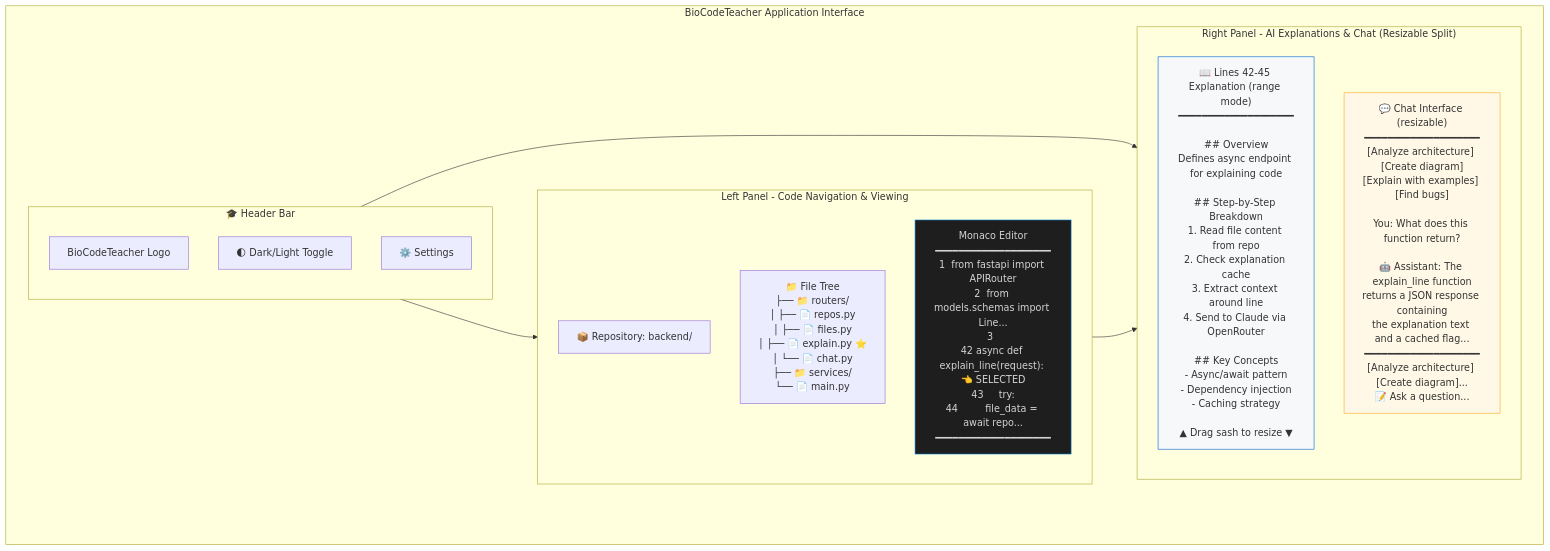
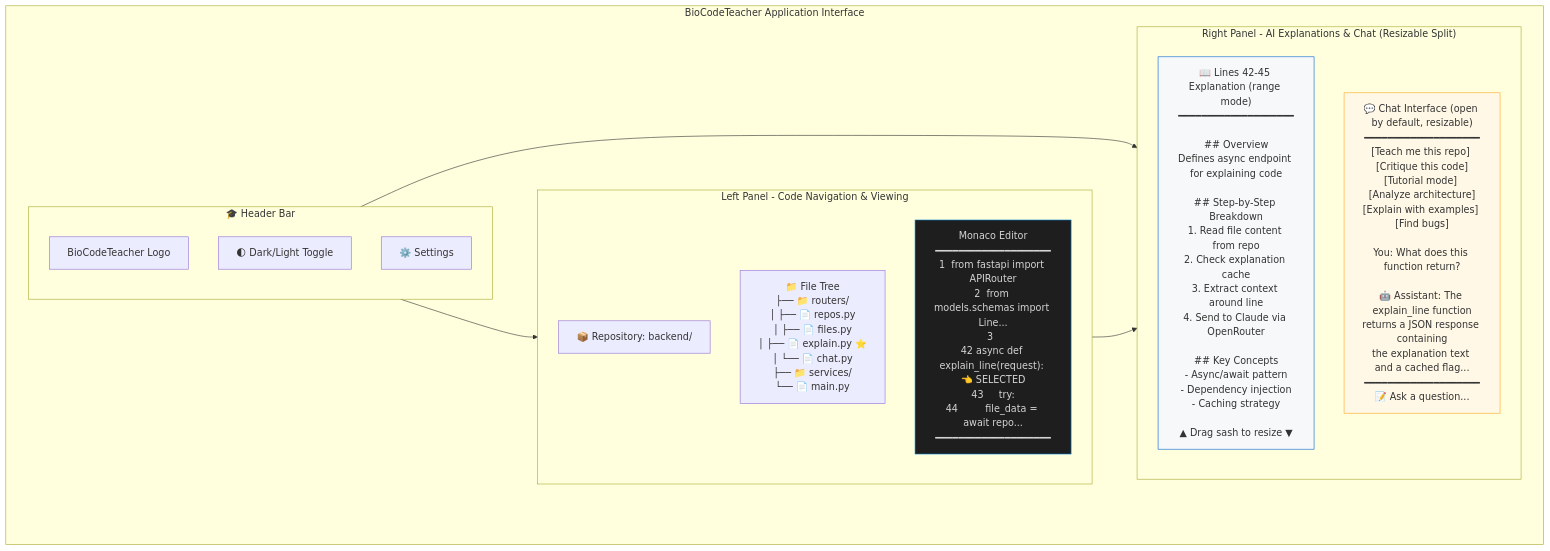
The first of 7 diagrams in SYSTEM_OVERVIEW.md (alexs42/BioCodeTeacher), drawn with Mermaid before and after one commit. The commit also changed other lines of this file and 7 other files, not shown here.

First line of the commit message:
v0.43: Chat open by default, educational prompts, build hardening

````diff
--- a/SYSTEM_OVERVIEW.md
+++ b/SYSTEM_OVERVIEW.md
@@ -5,29 +5,29 @@
 ```mermaid
 graph TB
     subgraph UI["BioCodeTeacher Application Interface"]
         subgraph Header["🎓 Header Bar"]
             Logo["BioCodeTeacher Logo"]
             Theme["🌓 Dark/Light Toggle"]
             Settings["⚙️ Settings"]
         end
 
         subgraph LeftPanel["Left Panel - Code Navigation & Viewing"]
             RepoInfo["📦 Repository: backend/"]
             FileTree["📁 File Tree<br/>├── 📁 routers/<br/>│   ├── 📄 repos.py<br/>│   ├── 📄 files.py<br/>│   ├── 📄 explain.py ⭐<br/>│   └── 📄 chat.py<br/>├── 📁 services/<br/>└── 📄 main.py"]
             Editor["Monaco Editor<br/>━━━━━━━━━━━━━━━━━━━━<br/>1  from fastapi import APIRouter<br/>2  from models.schemas import Line...<br/>3  <br/>42 async def explain_line(request): 👈 SELECTED<br/>43     try:<br/>44         file_data = await repo...<br/>━━━━━━━━━━━━━━━━━━━━"]
         end
 
         subgraph RightPanel["Right Panel - AI Explanations & Chat (Resizable Split)"]
             ExplainSection["📖 Lines 42-45 Explanation (range mode)<br/>━━━━━━━━━━━━━━━━━━━━<br/><br/>## Overview<br/>Defines async endpoint for explaining code<br/><br/>## Step-by-Step Breakdown<br/>1. Read file content from repo<br/>2. Check explanation cache<br/>3. Extract context around line<br/>4. Send to Claude via OpenRouter<br/><br/>## Key Concepts<br/>- Async/await pattern<br/>- Dependency injection<br/>- Caching strategy<br/><br/>▲ Drag sash to resize ▼"]
-            ChatSection["💬 Chat Interface (resizable)<br/>━━━━━━━━━━━━━━━━━━━━<br/>[Analyze architecture] [Create diagram]<br/>[Explain with examples] [Find bugs]<br/><br/>You: What does this function return?<br/><br/>🤖 Assistant: The explain_line function<br/>returns a JSON response containing<br/>the explanation text and a cached flag...<br/>━━━━━━━━━━━━━━━━━━━━<br/>[Analyze architecture] [Create diagram]...<br/>📝 Ask a question..."]
+            ChatSection["💬 Chat Interface (open by default, resizable)<br/>━━━━━━━━━━━━━━━━━━━━<br/>[Teach me this repo] [Critique this code]<br/>[Tutorial mode] [Analyze architecture]<br/>[Explain with examples] [Find bugs]<br/><br/>You: What does this function return?<br/><br/>🤖 Assistant: The explain_line function<br/>returns a JSON response containing<br/>the explanation text and a cached flag...<br/>━━━━━━━━━━━━━━━━━━━━<br/>📝 Ask a question..."]
         end
     end
 
     Header --> LeftPanel
     Header --> RightPanel
     LeftPanel --> RightPanel
 
     style Editor fill:#1e1e1e,stroke:#007acc,color:#d4d4d4
     style ExplainSection fill:#f6f8fa,stroke:#0366d6
     style ChatSection fill:#fff8e6,stroke:#f9a825
 ```
````
